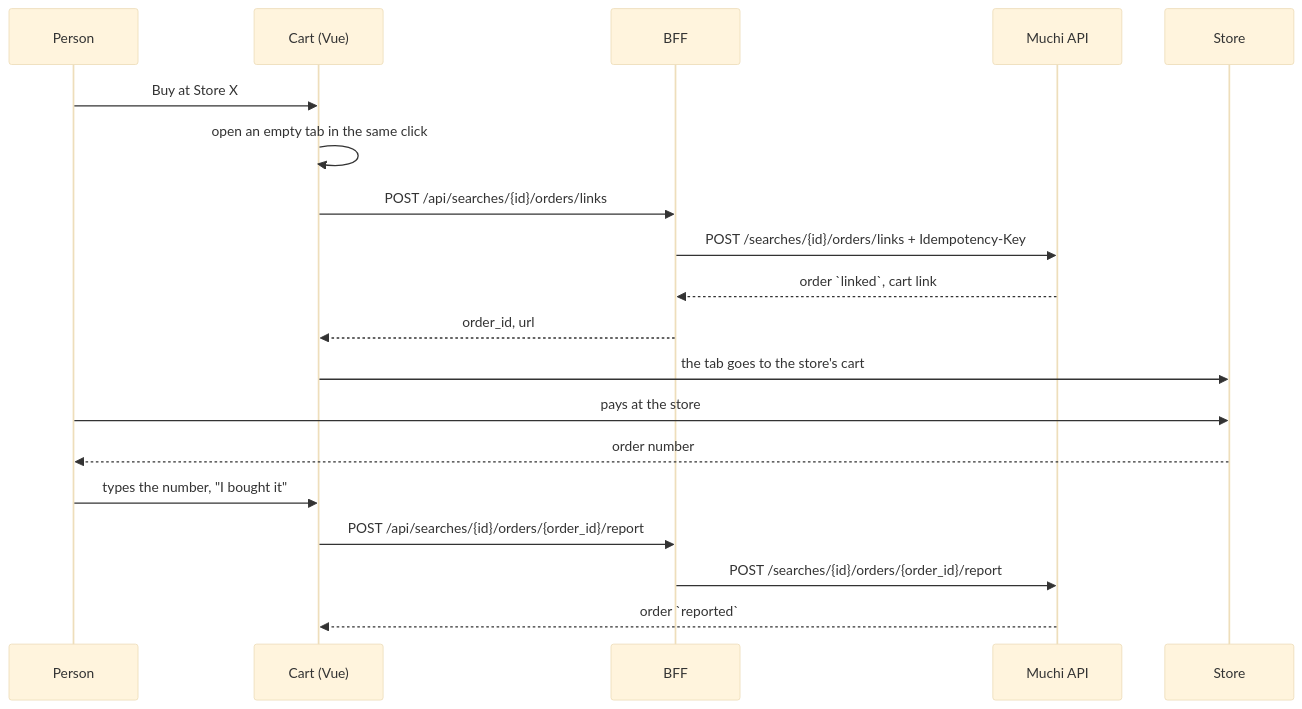
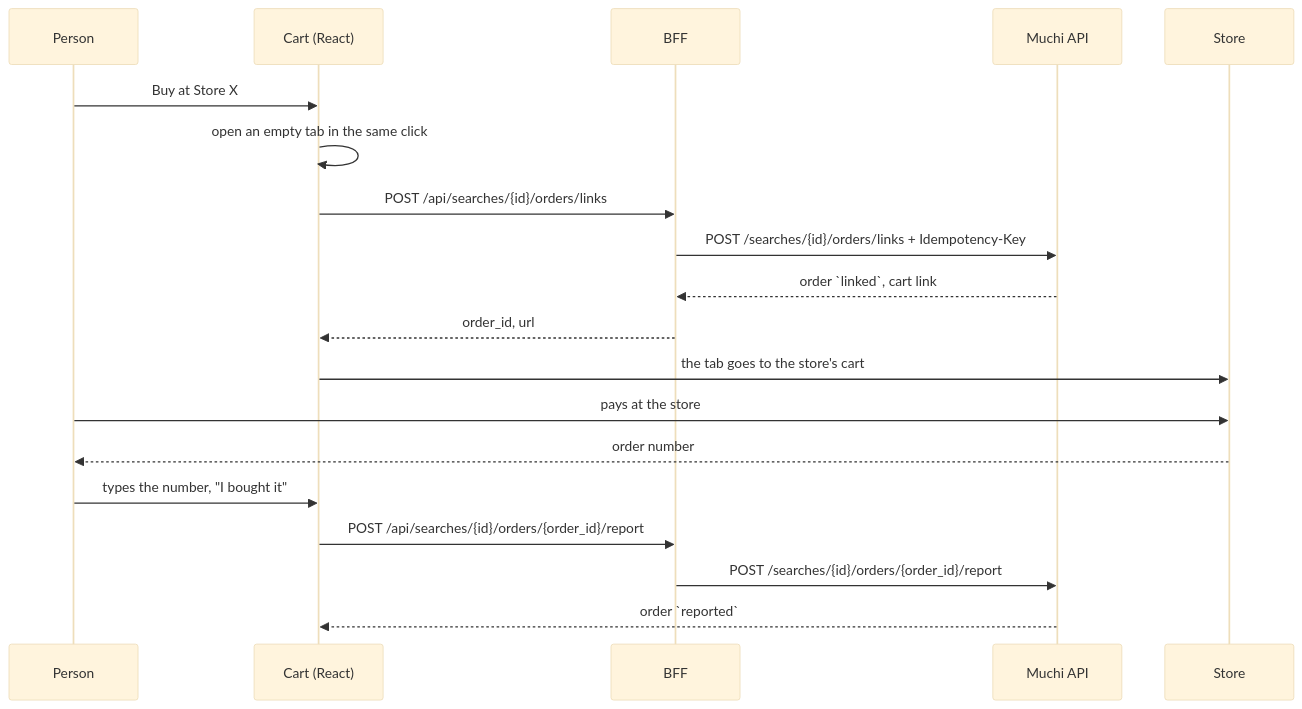
One commit to metaliaw/muchi changed the first of 2 diagrams in docs/reported-purchases.md. Above: the diagram before and after it, drawn with Mermaid (base theme). The commit also changed other lines of this file and 118 other files, not shown here.

First line of the commit message:
Replace the Vue frontend with React

````diff
--- a/docs/reported-purchases.md
+++ b/docs/reported-purchases.md
@@ -23,22 +23,22 @@
 ```mermaid
 sequenceDiagram
     participant P as Person
-    participant W as Cart (Vue)
+    participant W as Cart (React)
     participant B as BFF
     participant A as Muchi API
     participant S as Store
 
     P->>W: Buy at Store X
     W->>W: open an empty tab in the same click
     W->>B: POST /api/searches/{id}/orders/links
     B->>A: POST /searches/{id}/orders/links + Idempotency-Key
     A-->>B: order `linked`, cart link
     B-->>W: order_id, url
     W->>S: the tab goes to the store's cart
     P->>S: pays at the store
     S-->>P: order number
     P->>W: types the number, "I bought it"
     W->>B: POST /api/searches/{id}/orders/{order_id}/report
     B->>A: POST /searches/{id}/orders/{order_id}/report
     A-->>W: order `reported`
 ```
````
